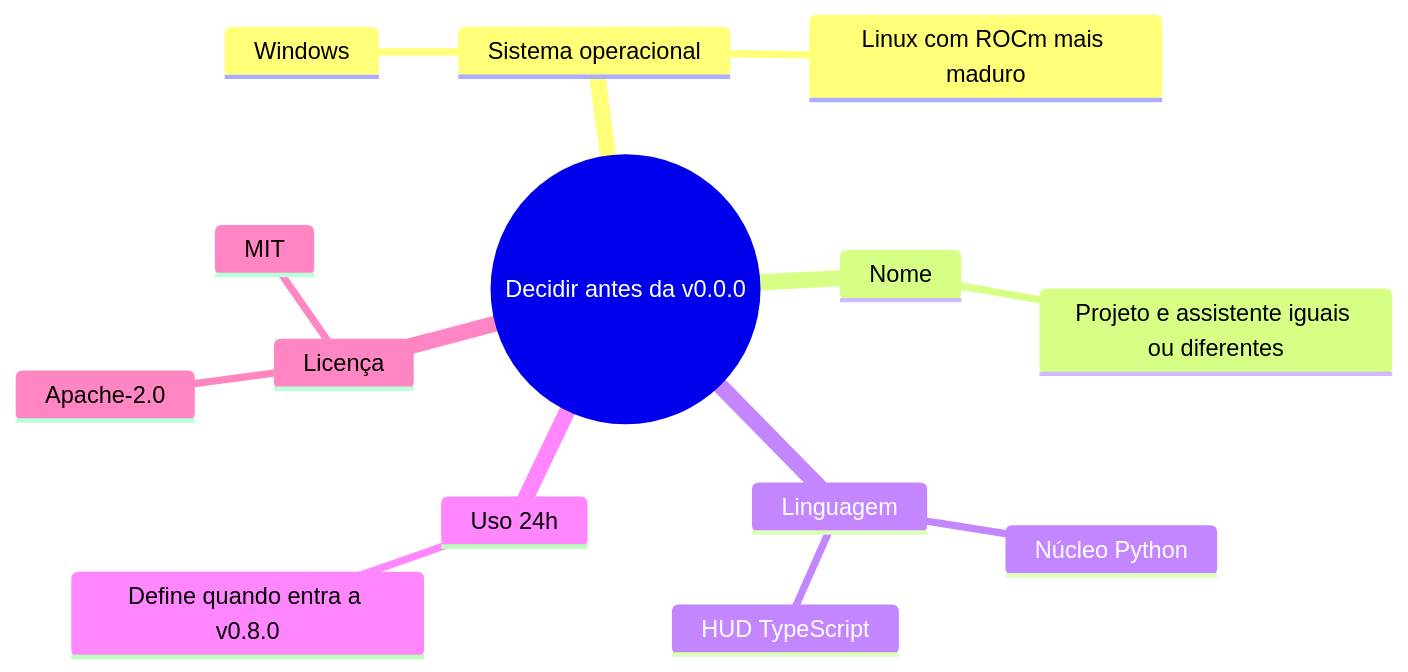
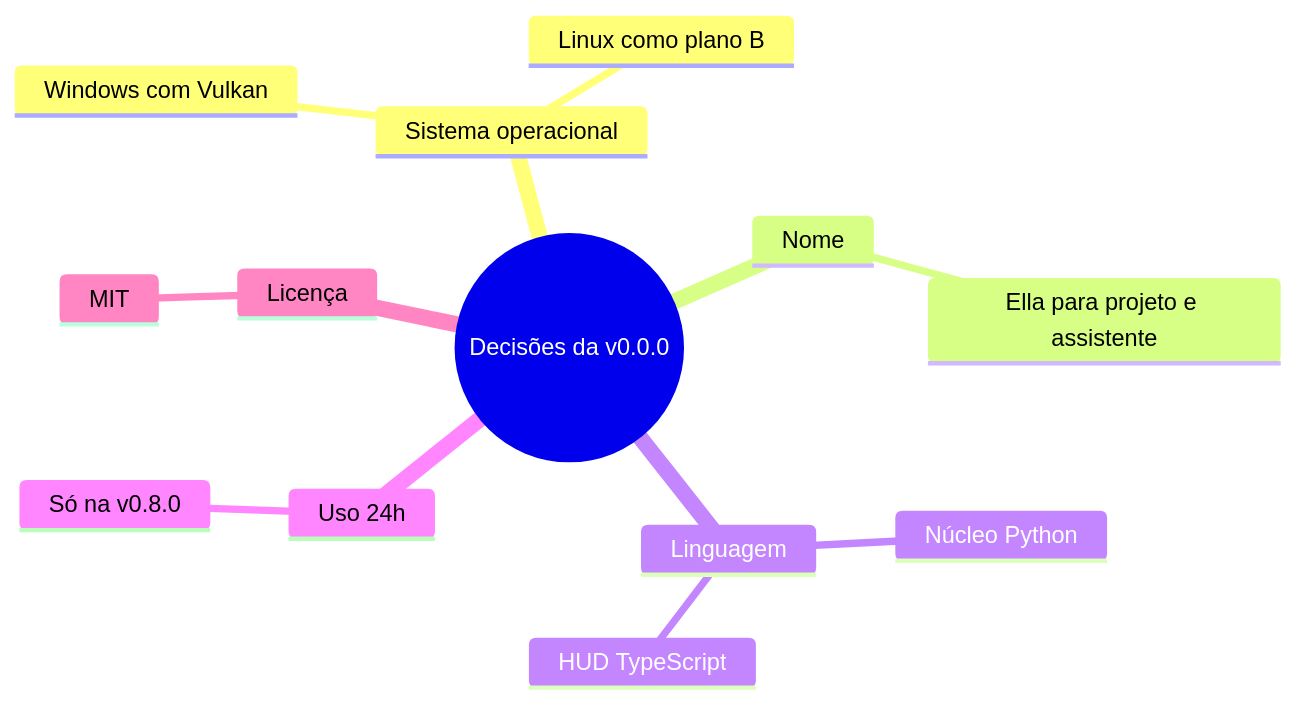
Before and after one commit to Gabitoprof/Nora: the fourth of 4 diagrams in docs/MAPA_MENTAL.md, drawn with Mermaid. The commit also changed other lines of this file and 22 other files, not shown here.

````diff
--- a/docs/MAPA_MENTAL.md
+++ b/docs/MAPA_MENTAL.md
@@ -149,17 +149,16 @@
 ```mermaid
 mindmap
-  root((Decidir antes da v0.0.0))
+  root((Decisões da v0.0.0))
     Sistema operacional
-      Windows
-      Linux com ROCm mais maduro
+      Windows com Vulkan
+      Linux como plano B
     Nome
-      Projeto e assistente iguais ou diferentes
+      Ella para projeto e assistente
     Linguagem
       Núcleo Python
       HUD TypeScript
     Uso 24h
-      Define quando entra a v0.8.0
+      Só na v0.8.0
     Licença
       MIT
-      Apache-2.0
 ```
````
